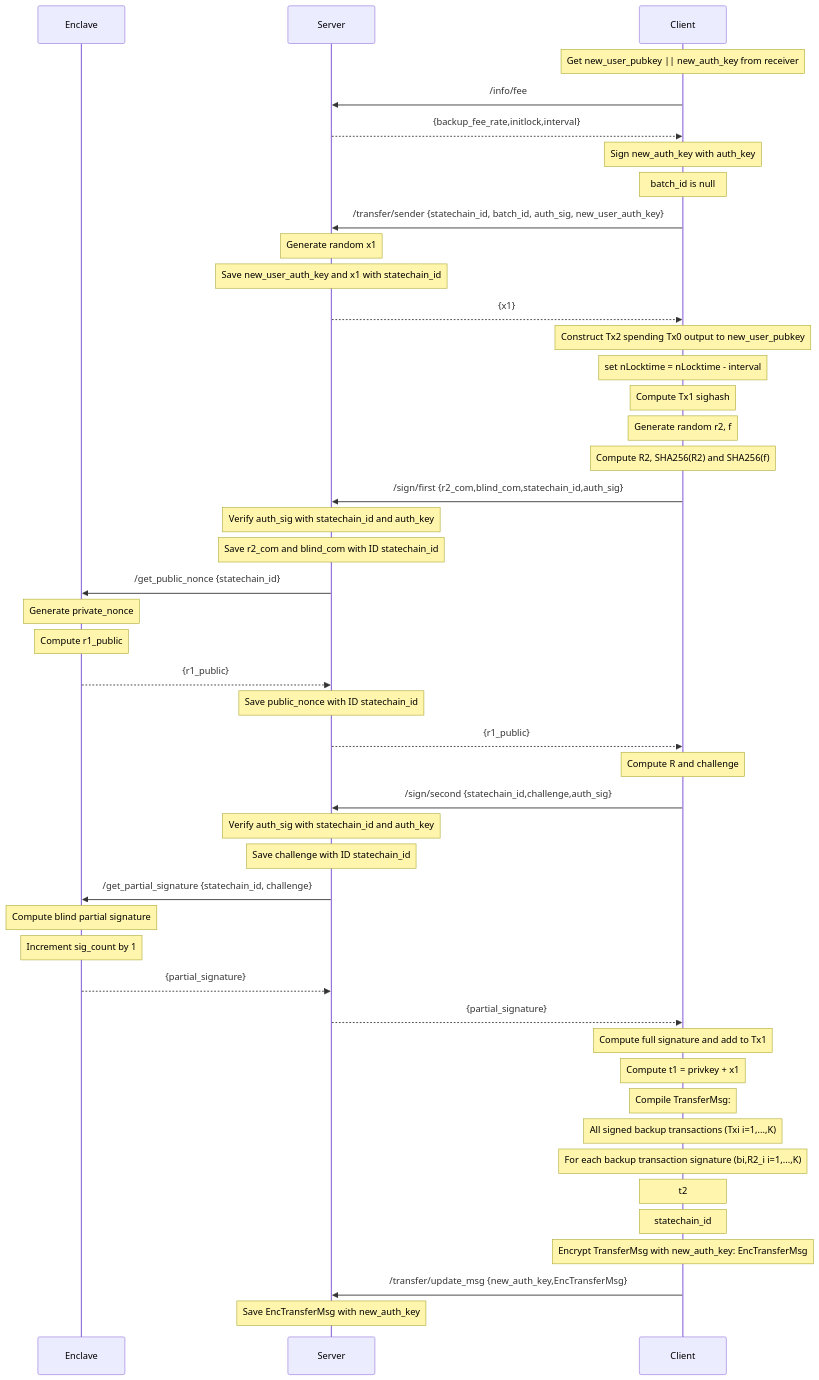
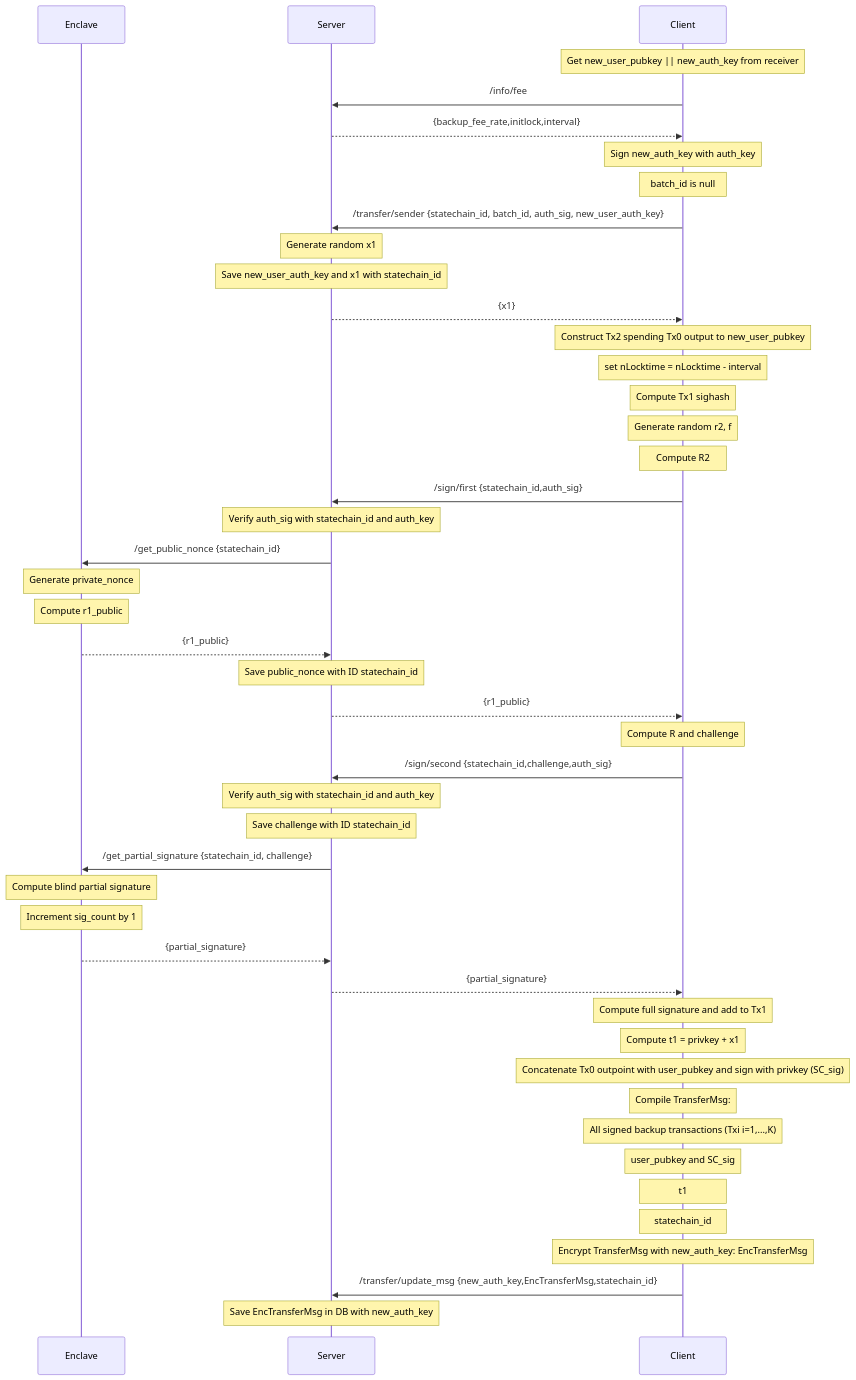
Before and after one commit to commerceblock/mercurylayer: the diagram in docs/transfer_sender_sequence.md, drawn with Mermaid. The commit also changed 548 other files, not shown here.

````diff
--- a/docs/transfer_sender_sequence.md
+++ b/docs/transfer_sender_sequence.md
@@ -3,48 +3,48 @@
 ```mermaid
 sequenceDiagram
     participant Enclave
     participant Server
     participant Client
     note over Client: Get new_user_pubkey || new_auth_key from receiver
     Client->>Server: /info/fee
     Server-->>Client: {backup_fee_rate,initlock,interval}
     note over Client: Sign new_auth_key with auth_key
     note over Client: batch_id is null
     Client->>Server: /transfer/sender {statechain_id, batch_id, auth_sig, new_user_auth_key}
     note over Server: Generate random x1
     note over Server: Save new_user_auth_key and x1 with statechain_id
     Server-->>Client: {x1}
     note over Client: Construct Tx2 spending Tx0 output to new_user_pubkey
     note over Client: set nLocktime = nLocktime - interval
     note over Client: Compute Tx1 sighash
-    note over Client: Generate random r2, f 
-    note over Client: Compute R2, SHA256(R2) and SHA256(f)
-    Client->>Server: /sign/first {r2_com,blind_com,statechain_id,auth_sig}
+    note over Client: Generate random r2, f
+    note over Client: Compute R2
+    Client->>Server: /sign/first {statechain_id,auth_sig}
     note over Server: Verify auth_sig with statechain_id and auth_key
-    note over Server: Save r2_com and blind_com with ID statechain_id
     Server->>Enclave: /get_public_nonce {statechain_id}
     note over Enclave: Generate private_nonce
     note over Enclave: Compute r1_public
     Enclave-->>Server: {r1_public}
     note over Server: Save public_nonce with ID statechain_id
     Server-->>Client: {r1_public}
     note over Client: Compute R and challenge
     Client->>Server: /sign/second {statechain_id,challenge,auth_sig}
     note over Server: Verify auth_sig with statechain_id and auth_key
-    note over Server: Save challenge  with ID statechain_id
+    note over Server: Save challenge with ID statechain_id
     Server->>Enclave: /get_partial_signature {statechain_id, challenge}
     note over Enclave: Compute blind partial signature
     note over Enclave: Increment sig_count by 1
     Enclave-->>Server: {partial_signature}
     Server-->>Client: {partial_signature}
     note over Client: Compute full signature and add to Tx1
     note over Client: Compute t1 = privkey + x1
+    note over Client: Concatenate Tx0 outpoint with user_pubkey and sign with privkey (SC_sig)
     note over Client: Compile TransferMsg: 
     note over Client: All signed backup transactions (Txi i=1,...,K)
-    note over Client: For each backup transaction signature (bi,R2_i i=1,...,K)
-    note over Client: t2
+    note over Client: user_pubkey and SC_sig
+    note over Client: t1
     note over Client: statechain_id
     note over Client: Encrypt TransferMsg with new_auth_key: EncTransferMsg
-    Client->>Server: /transfer/update_msg {new_auth_key,EncTransferMsg}
-    note over Server: Save EncTransferMsg with new_auth_key
+    Client->>Server: /transfer/update_msg {new_auth_key,EncTransferMsg,statechain_id}
+    note over Server: Save EncTransferMsg in DB with new_auth_key
 ```
````
